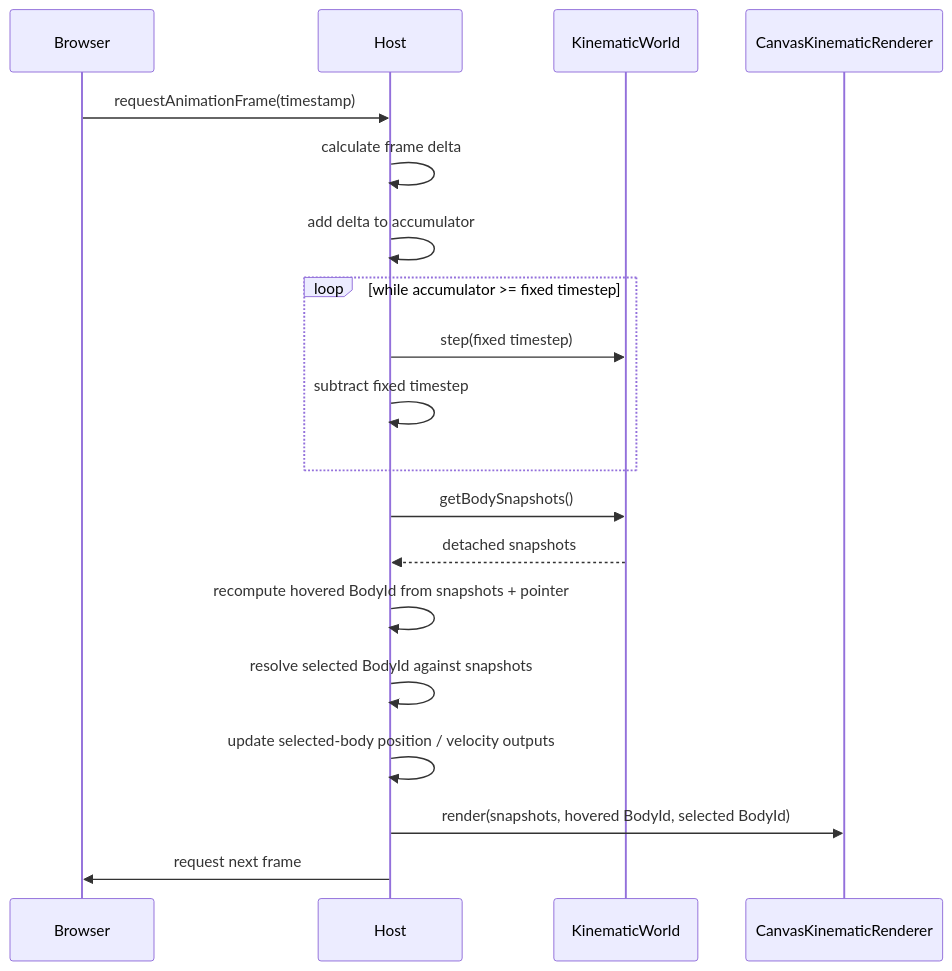
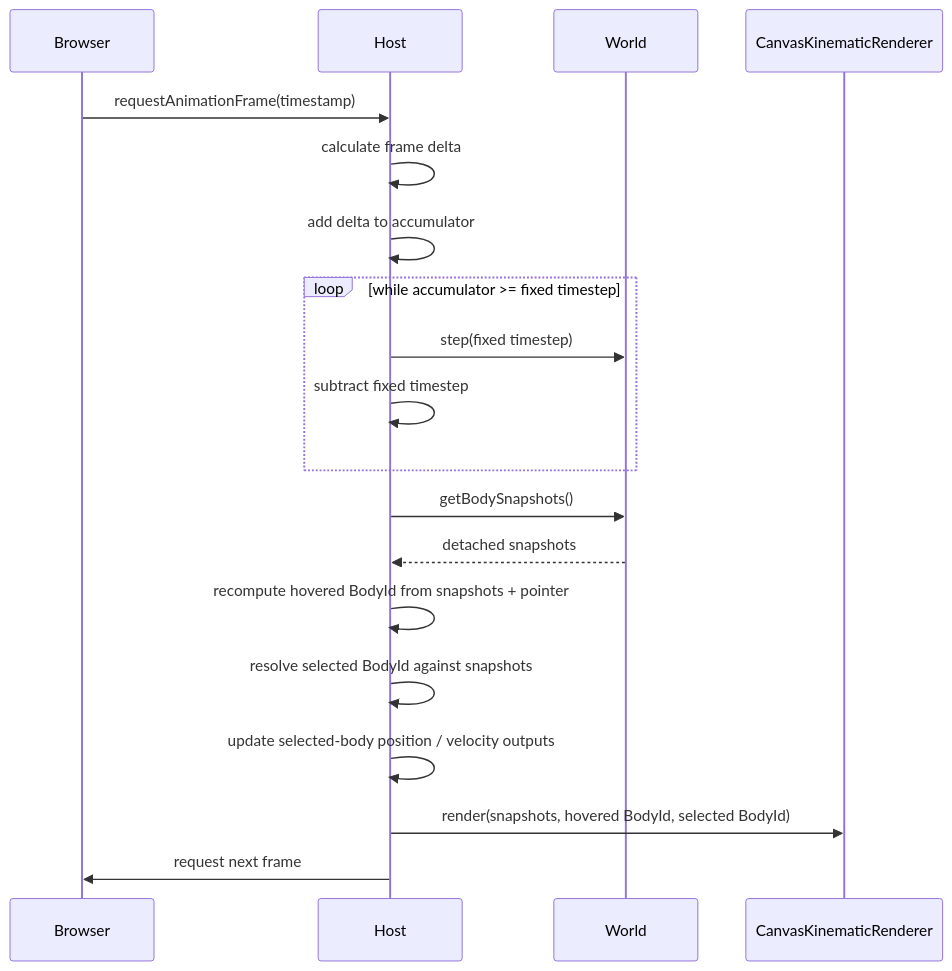
Before and after one commit to fa-ribeiro/vLab2D: diagram 11 of 21 in docs/architecture/README.md, drawn with Mermaid. The commit also changed other lines of this file and 12 other files, not shown here.

````diff
--- a/docs/architecture/README.md
+++ b/docs/architecture/README.md
@@ -570,24 +582,24 @@
 ```mermaid
 sequenceDiagram
     participant Browser
     participant Host
-    participant World as KinematicWorld
+    participant World as World
     participant Renderer as CanvasKinematicRenderer
 
     Browser->>Host: requestAnimationFrame(timestamp)
     Host->>Host: calculate frame delta
     Host->>Host: add delta to accumulator
 
     loop while accumulator >= fixed timestep
         Host->>World: step(fixed timestep)
         Host->>Host: subtract fixed timestep
     end
 
     Host->>World: getBodySnapshots()
     World-->>Host: detached snapshots
     Host->>Host: recompute hovered BodyId from snapshots + pointer
     Host->>Host: resolve selected BodyId against snapshots
     Host->>Host: update selected-body position / velocity outputs
     Host->>Renderer: render(snapshots, hovered BodyId, selected BodyId)
     Host->>Browser: request next frame
 ```
````
